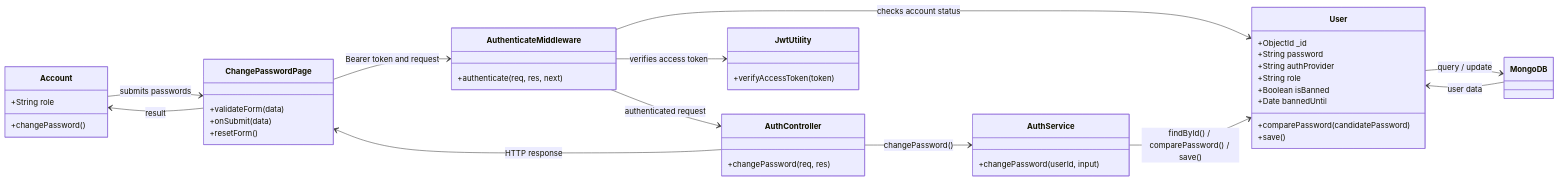
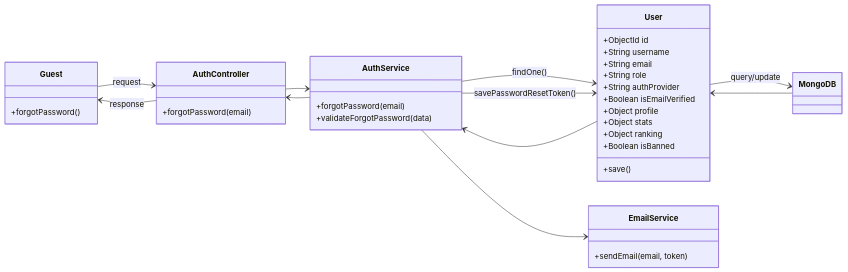
Before and after one commit to SUMMER2026SE/wdp301-rbl-project-wdp_se18d08_group-5: diagram 11 of 60 in docs/19_Detailed_Design.md, drawn with Mermaid. The commit also changed other lines of this file, not shown here.

````diff
--- a/docs/19_Detailed_Design.md
+++ b/docs/19_Detailed_Design.md
@@ -645,56 +798,48 @@
 ```mermaid
 classDiagram
 direction LR
 
-class Account {
-    +String role
-    +changePassword()
-}
-
-class ChangePasswordPage {
-    +validateForm(data)
-    +onSubmit(data)
-    +resetForm()
-}
-
-class AuthenticateMiddleware {
-    +authenticate(req, res, next)
+class Guest {
+    +forgotPassword()
 }
 
 class AuthController {
-    +changePassword(req, res)
+    +forgotPassword(email)
 }
 
 class AuthService {
-    +changePassword(userId, input)
-}
-
-class JwtUtility {
-    +verifyAccessToken(token)
+    +forgotPassword(email)
+    +validateForgotPassword(data)
 }
 
 class User {
-    +ObjectId _id
-    +String password
+    +ObjectId id
+    +String username
+    +String email
+    +String role
     +String authProvider
-    +String role
+    +Boolean isEmailVerified
+    +Object profile
+    +Object stats
+    +Object ranking
     +Boolean isBanned
-    +Date bannedUntil
-    +comparePassword(candidatePassword)
     +save()
+}
+
+class EmailService {
+    +sendEmail(email, token)
 }
 
 class MongoDB
 
-Account --> ChangePasswordPage : submits passwords
-ChangePasswordPage --> AuthenticateMiddleware : Bearer token and request
-AuthenticateMiddleware --> JwtUtility : verifies access token
-AuthenticateMiddleware --> User : checks account status
-AuthenticateMiddleware --> AuthController : authenticated request
-AuthController --> AuthService : changePassword()
-AuthService --> User : findById() / comparePassword() / save()
-User --> MongoDB : query / update
-MongoDB --> User : user data
-AuthController --> ChangePasswordPage : HTTP response
-ChangePasswordPage --> Account : result
+Guest --> AuthController : request
+AuthController --> AuthService
+AuthService --> User : findOne()
+AuthService --> User : savePasswordResetToken()
+User --> MongoDB : query/update
+MongoDB --> User
+User --> AuthService
+AuthService --> EmailService
+AuthService --> AuthController
+AuthController --> Guest : response
 ```
````
